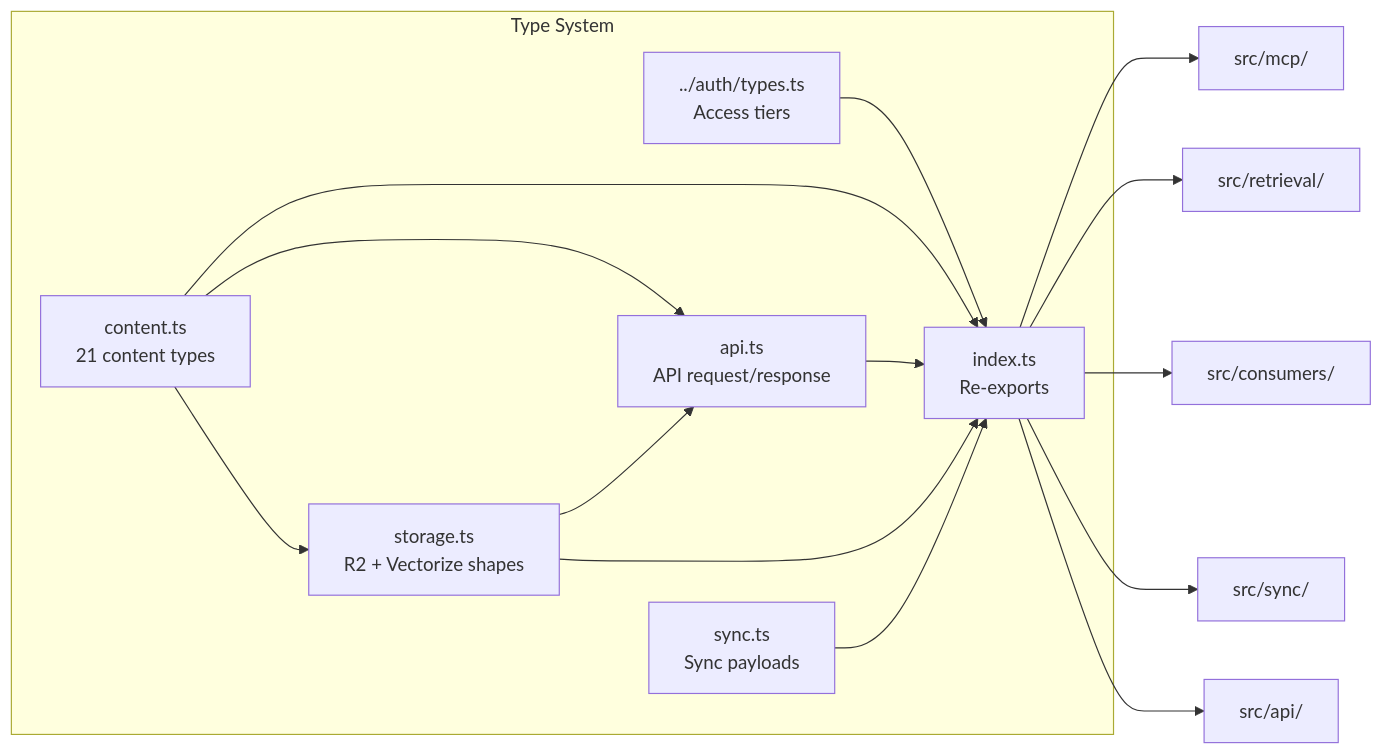
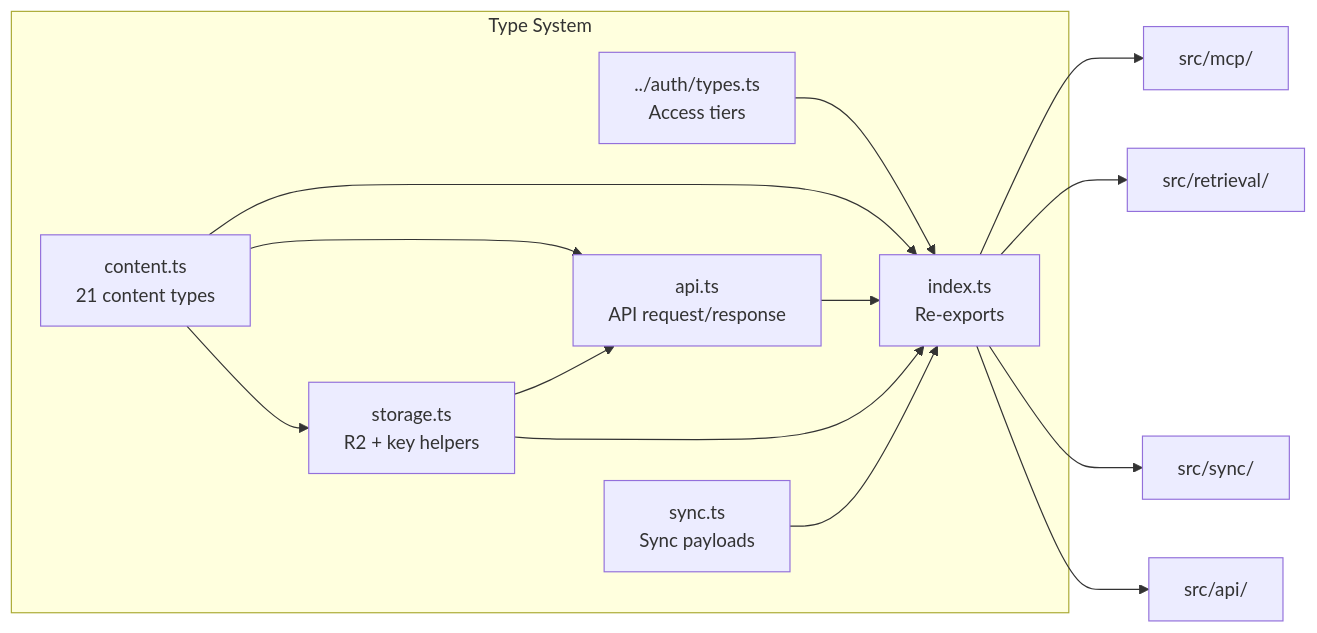
Before and after one commit to superbenefit/knowledge-server: the diagram in src/types/README.md, drawn with Mermaid. The commit also changed other lines of this file and 23 other files, not shown here.

First line of the commit message:
docs: update architecture docs for AI Search migration (#39)

````diff
--- a/src/types/README.md
+++ b/src/types/README.md
@@ -23,26 +23,25 @@
 ```mermaid
 graph LR
     subgraph "Type System"
         content["content.ts<br/>21 content types"]
         authtypes["../auth/types.ts<br/>Access tiers"]
-        storage["storage.ts<br/>R2 + Vectorize shapes"]
+        storage["storage.ts<br/>R2 + key helpers"]
         api["api.ts<br/>API request/response"]
         sync["sync.ts<br/>Sync payloads"]
         idx["index.ts<br/>Re-exports"]
     end
 
     content --> storage
     content --> api
     storage --> api
     authtypes --> idx
     content --> idx
     api --> idx
     storage --> idx
     sync --> idx
 
     idx --> mcp["src/mcp/"]
     idx --> retrieval["src/retrieval/"]
-    idx --> consumers["src/consumers/"]
     idx --> syncmod["src/sync/"]
     idx --> apimod["src/api/"]
 ```
````
